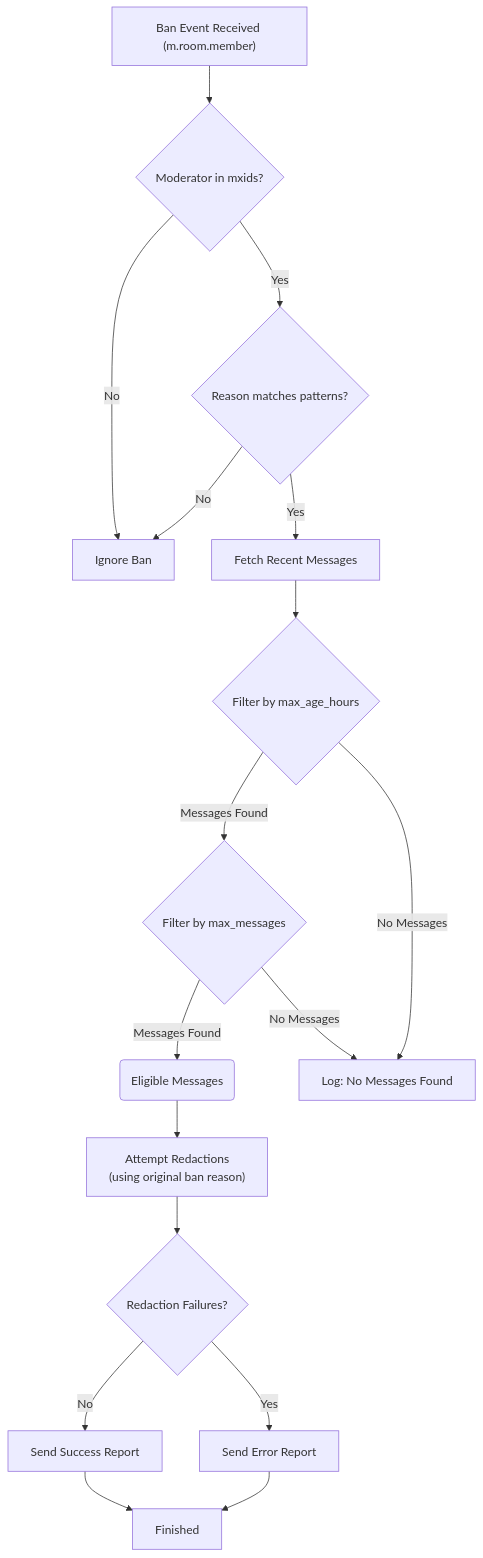
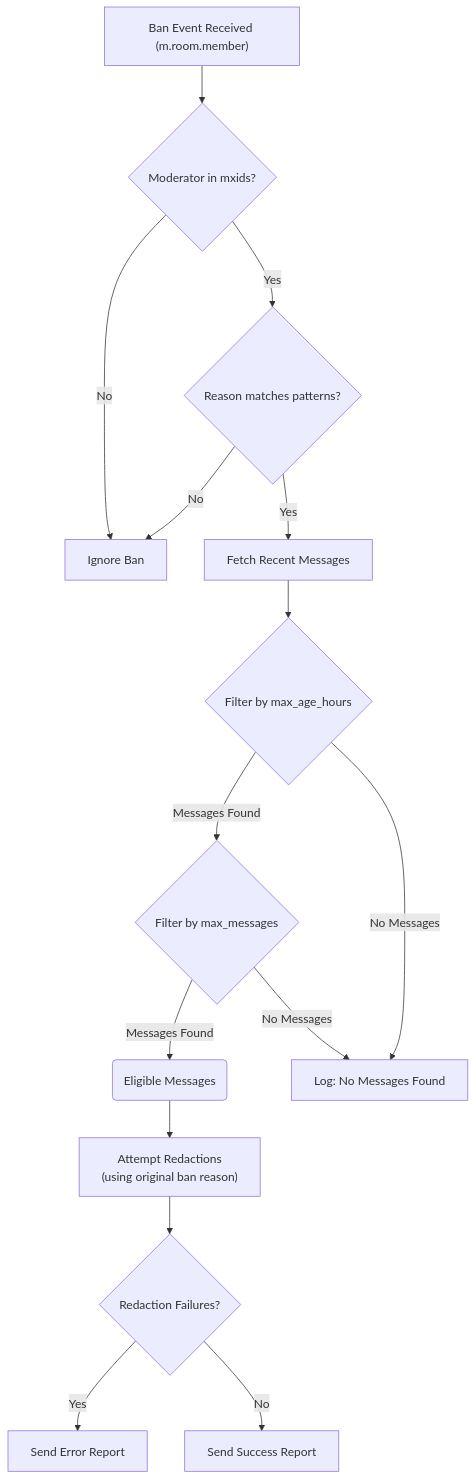
One commit to tcpipuk/maubot-redactor changed the diagram in README.md. Above: the diagram before and after it, drawn with Mermaid.

Commit message:
Line break

````diff
--- a/README.md
+++ b/README.md
@@ -97,22 +97,20 @@
 ```mermaid
 graph TD
     A["Ban Event Received (m.room.member)"] --> CheckModerator{Moderator in mxids?};
 
     CheckModerator -- Yes --> CheckReason{Reason matches patterns?};
     CheckModerator -- No --> Z[Ignore Ban];
     CheckReason -- Yes --> FetchMessages["Fetch Recent Messages"];
     CheckReason -- No --> Z;
 
     FetchMessages --> FilterAge{Filter by max_age_hours};
     FilterAge -- Messages Found --> FilterCount{Filter by max_messages};
     FilterCount -- Messages Found --> ProcessedMessages(Eligible Messages);
-    ProcessedMessages --> AttemptRedactions["Attempt Redactions\n(using original ban reason)"];
+    ProcessedMessages --> AttemptRedactions["Attempt Redactions<br>(using original ban reason)"];
     FilterCount -- No Messages --> Y;
     FilterAge -- No Messages --> Y[Log: No Messages Found];
 
     AttemptRedactions --> CheckFailures{Redaction Failures?};
     CheckFailures -- Yes --> SendError[Send Error Report];
     CheckFailures -- No --> SendSuccess[Send Success Report];
-    SendSuccess --> J[Finished];
-    SendError --> J;
 ```
````
